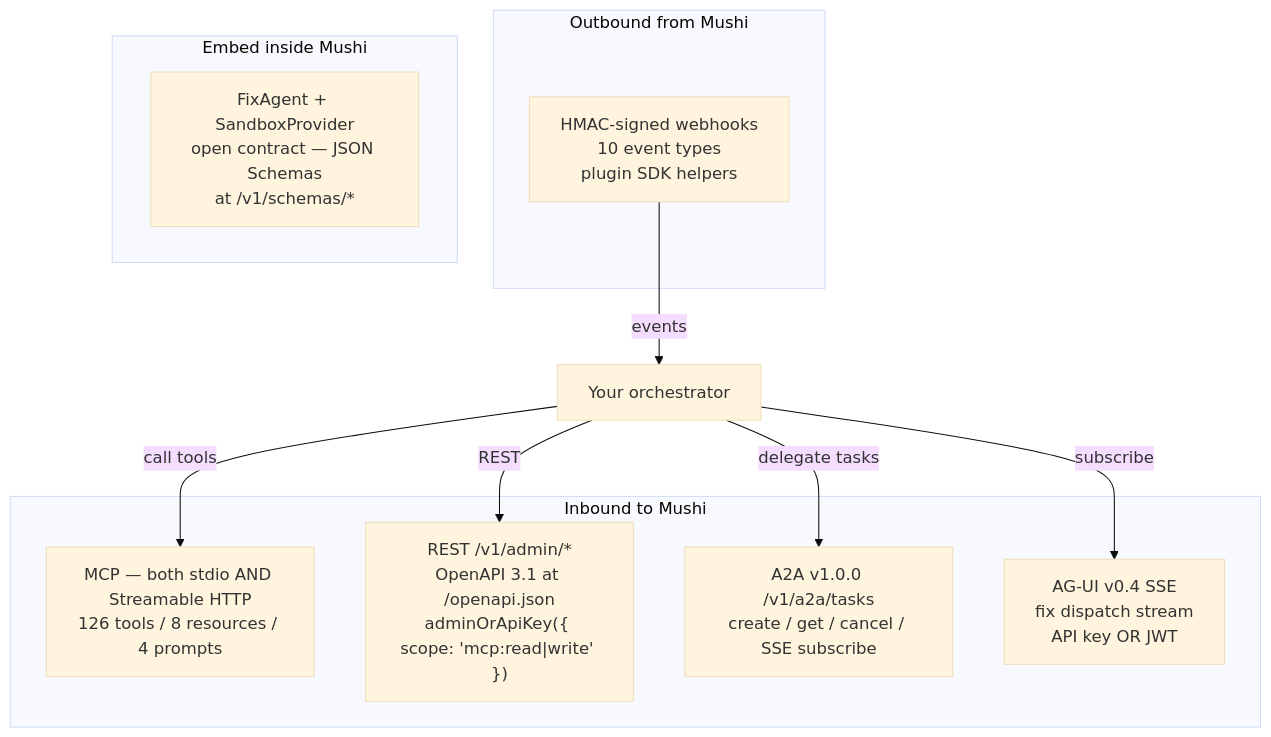
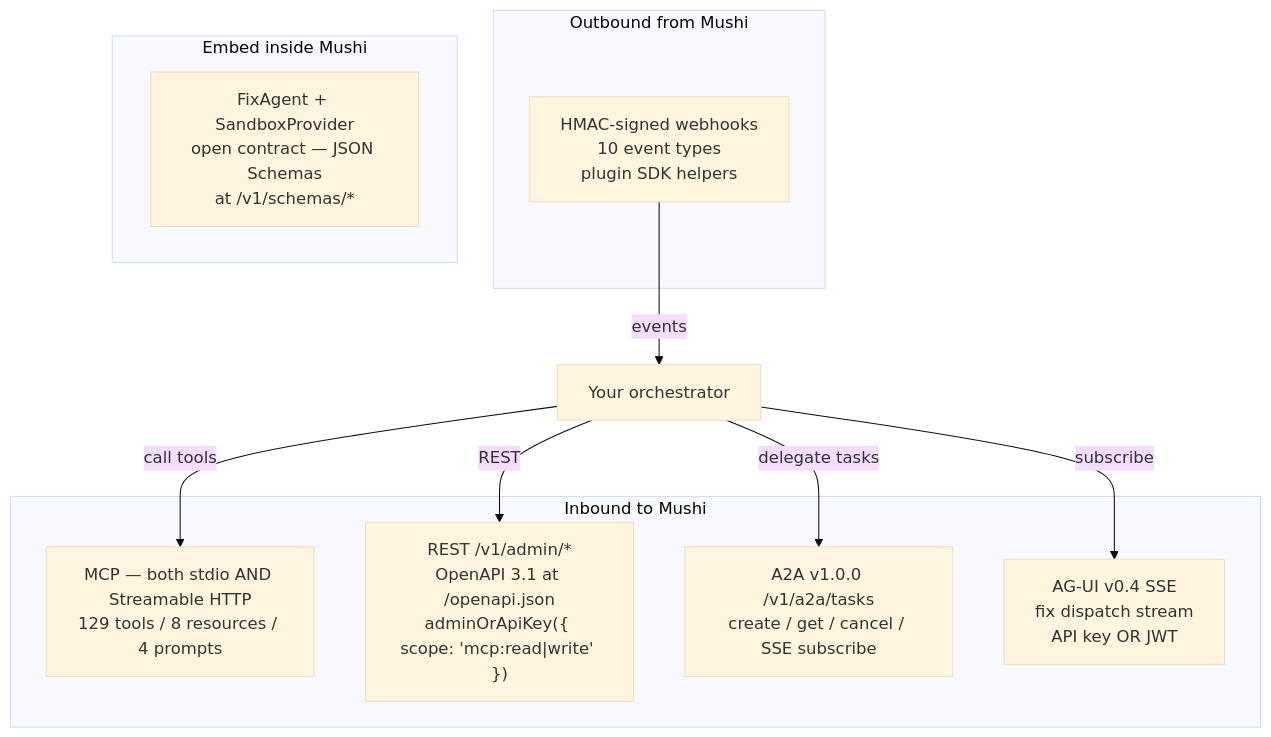
One commit to kensaurus/mushi-mushi changed the diagram in apps/docs/content/concepts/orchestrator-interop.mdx. Above: the diagram before and after it, drawn with Mermaid (base theme). The commit also changed other lines of this file and 37 other files, not shown here.

````diff
--- a/apps/docs/content/concepts/orchestrator-interop.mdx
+++ b/apps/docs/content/concepts/orchestrator-interop.mdx
@@ -32,20 +32,20 @@
 ```mermaid
 flowchart TB
   subgraph Inbound["Inbound to Mushi"]
-    MCP["MCP — both stdio AND Streamable HTTP<br/>126 tools / 8 resources / 4 prompts"]
+    MCP["MCP — both stdio AND Streamable HTTP<br/>129 tools / 8 resources / 4 prompts"]
     REST["REST /v1/admin/*<br/>OpenAPI 3.1 at /openapi.json<br/>adminOrApiKey({ scope: 'mcp:read|write' })"]
     A2A["A2A v1.0.0 /v1/a2a/tasks<br/>create / get / cancel / SSE subscribe"]
     AGUI["AG-UI v0.4 SSE<br/>fix dispatch stream<br/>API key OR JWT"]
   end
   subgraph Outbound["Outbound from Mushi"]
     Hooks["HMAC-signed webhooks<br/>10 event types<br/>plugin SDK helpers"]
   end
   subgraph Native["Embed inside Mushi"]
     FA["FixAgent + SandboxProvider<br/>open contract — JSON Schemas<br/>at /v1/schemas/*"]
   end
   Orch["Your orchestrator"] -->|"call tools"| MCP
   Orch -->|"REST"| REST
   Orch -->|"delegate tasks"| A2A
   Orch -->|"subscribe"| AGUI
   Hooks -->|"events"| Orch
 ```
````
